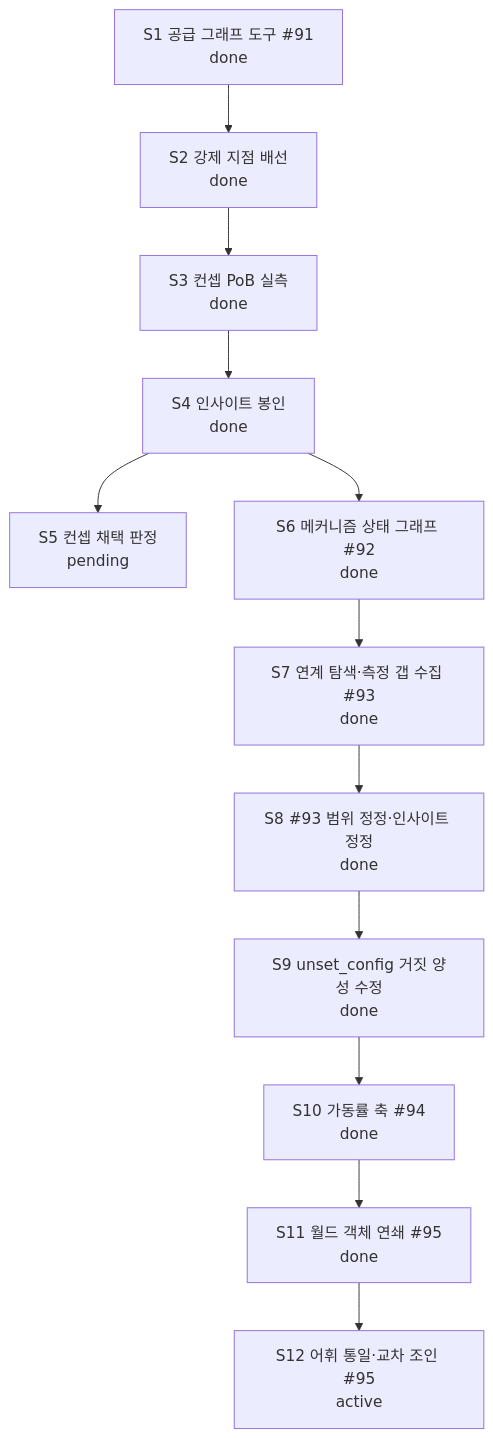
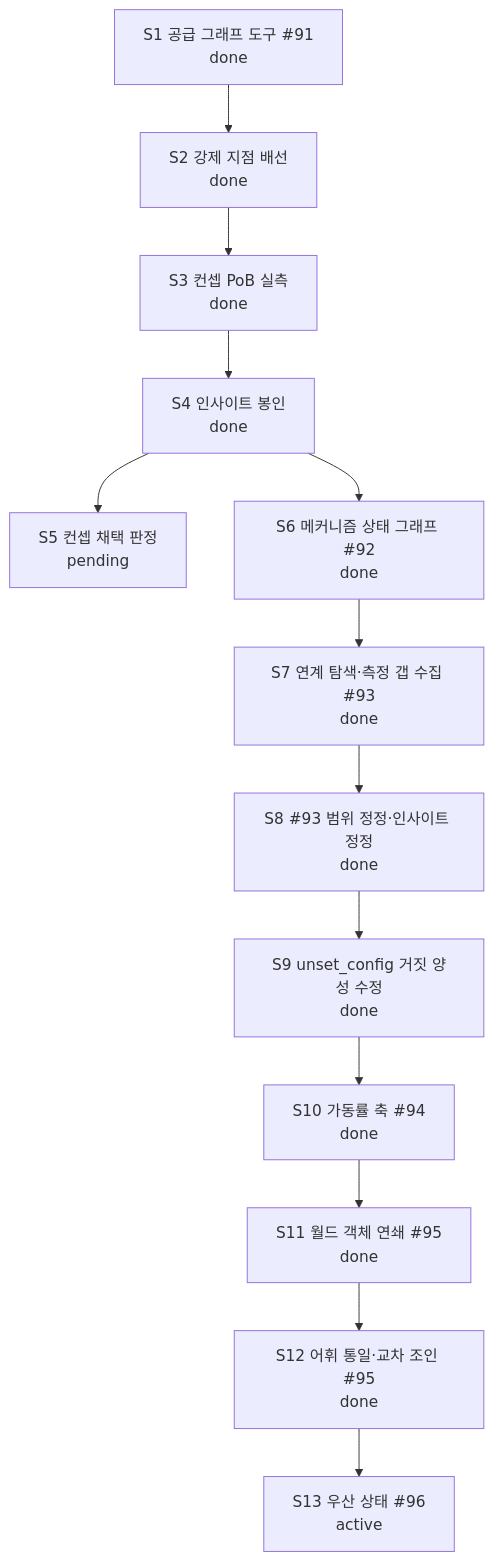
One commit to skerfolg/poe2-ai-wiki changed the diagram in docs/CURRENT-PLAN.md. Above: the diagram before and after it, drawn with Mermaid. The commit also changed other lines of this file and 6 other files, not shown here.

````diff
--- a/docs/CURRENT-PLAN.md
+++ b/docs/CURRENT-PLAN.md
@@ -22,17 +22,18 @@
 ```mermaid
 flowchart TD
   TOOL["S1 공급 그래프 도구 #91<br/>done"]
   WIRE["S2 강제 지점 배선<br/>done"]
   MEASURE["S3 컨셉 PoB 실측<br/>done"]
   SEAL["S4 인사이트 봉인<br/>done"]
   VERDICT["S5 컨셉 채택 판정<br/>pending"]
   MECH["S6 메커니즘 상태 그래프 #92<br/>done"]
   GAPS["S7 연계 탐색·측정 갭 수집 #93<br/>done"]
   FIX["S8 #93 범위 정정·인사이트 정정<br/>done"]
   ROOT["S9 unset_config 거짓 양성 수정<br/>done"]
   UP["S10 가동률 축 #94<br/>done"]
   OBJ["S11 월드 객체 연쇄 #95<br/>done"]
-  XW["S12 어휘 통일·교차 조인 #95<br/>active"]
+  XW["S12 어휘 통일·교차 조인 #95<br/>done"]
+  UMB["S13 우산 상태 #96<br/>active"]
   TOOL --> WIRE --> MEASURE --> SEAL --> VERDICT
-  SEAL --> MECH --> GAPS --> FIX --> ROOT --> UP --> OBJ --> XW
+  SEAL --> MECH --> GAPS --> FIX --> ROOT --> UP --> OBJ --> XW --> UMB
 ```
````
